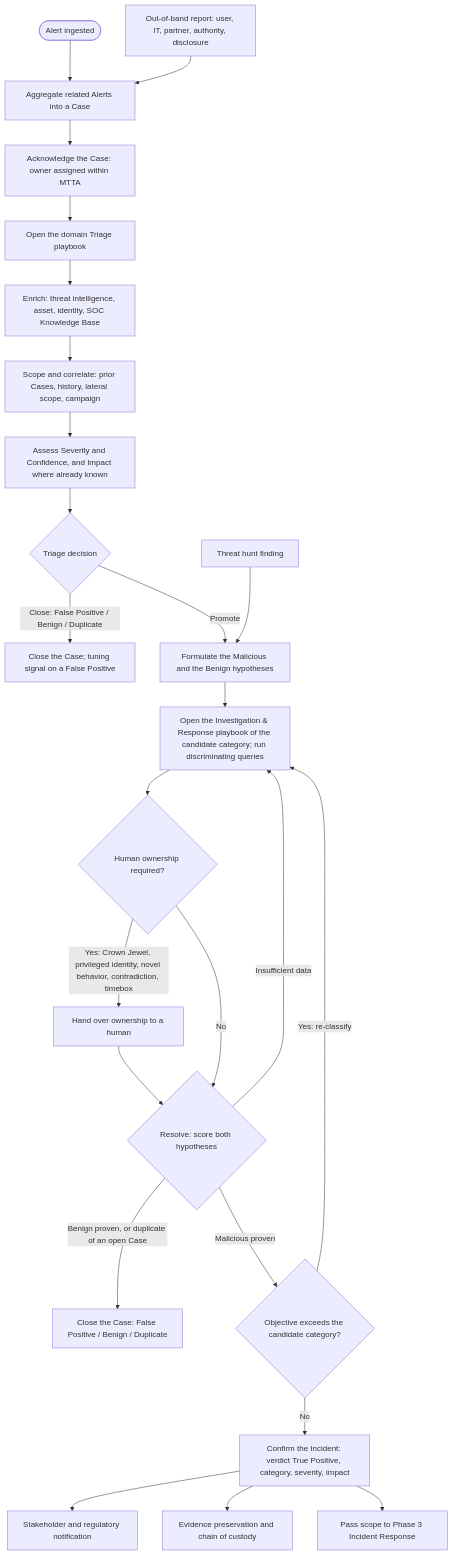
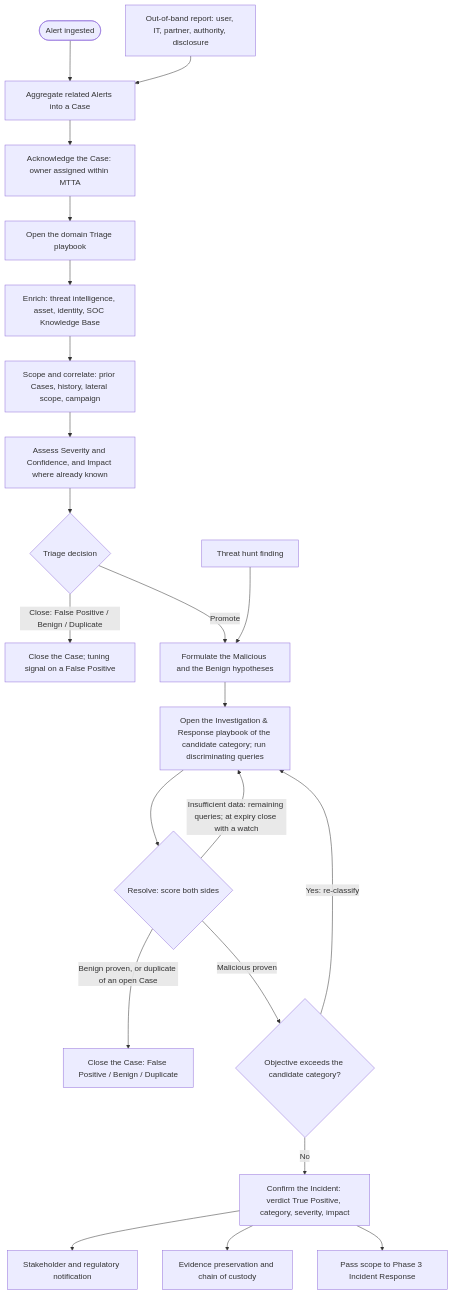
Before and after one commit to ZeroSOC/zerosoc-framework: the diagram in 03-Processes/02-detection_and_analysis.md, drawn with Mermaid. The commit also changed other lines of this file and 4 other files, not shown here.

````diff
--- a/03-Processes/02-detection_and_analysis.md
+++ b/03-Processes/02-detection_and_analysis.md
@@ -17,27 +17,24 @@
 ```mermaid
 graph TD
     Start([Alert ingested]) --> Agg[Aggregate related Alerts into a Case]
     OOB[Out-of-band report: user, IT, partner, authority, disclosure] --> Agg
     Agg --> Ack[Acknowledge the Case: owner assigned within MTTA]
     Ack --> Cart[Open the domain Triage playbook]
     Cart --> Enrich[Enrich: threat intelligence, asset, identity, SOC Knowledge Base]
     Enrich --> Scope[Scope and correlate: prior Cases, history, lateral scope, campaign]
     Scope --> Prioritize[Assess Severity and Confidence, and Impact where already known]
     Prioritize --> TriageDecision{Triage decision}
     TriageDecision -->|"Close: False Positive / Benign / Duplicate"| CloseT[Close the Case; tuning signal on a False Positive]
     TriageDecision -->|Promote| Hyp[Formulate the Malicious and the Benign hypotheses]
     Hunt[Threat hunt finding] --> Hyp
     Hyp --> Playbooks[Open the Investigation & Response playbook of the candidate category; run discriminating queries]
-    Playbooks --> HumanOwner{Human ownership required?}
-    HumanOwner -->|"Yes: Crown Jewel, privileged identity, novel behavior, contradiction, timebox"| Handover[Hand over ownership to a human]
-    Handover --> Resolve
-    HumanOwner -->|No| Resolve{Resolve: score both hypotheses}
+    Playbooks --> Resolve{Resolve: score both sides}
     Resolve -->|"Benign proven, or duplicate of an open Case"| CloseI[Close the Case: False Positive / Benign / Duplicate]
-    Resolve -->|"Insufficient data"| Playbooks
+    Resolve -->|"Insufficient data: remaining queries; at expiry close with a watch"| Playbooks
     Resolve -->|"Malicious proven"| Reclass{Objective exceeds the candidate category?}
     Reclass -->|"Yes: re-classify"| Playbooks
     Reclass -->|No| Decl[Confirm the Incident: verdict True Positive, category, severity, impact]
     Decl --> Notify[Stakeholder and regulatory notification]
     Decl --> Evid[Evidence preservation and chain of custody]
     Decl --> Pass[Pass scope to Phase 3 Incident Response]
 ```
````
